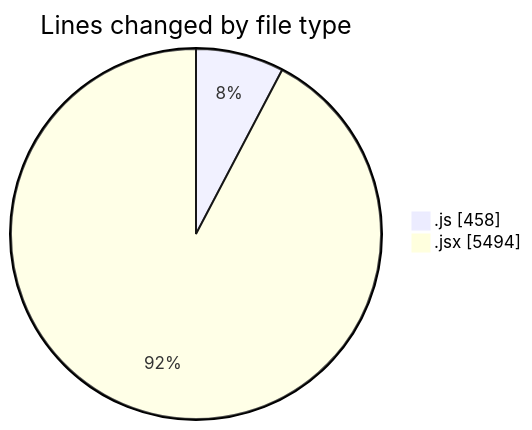
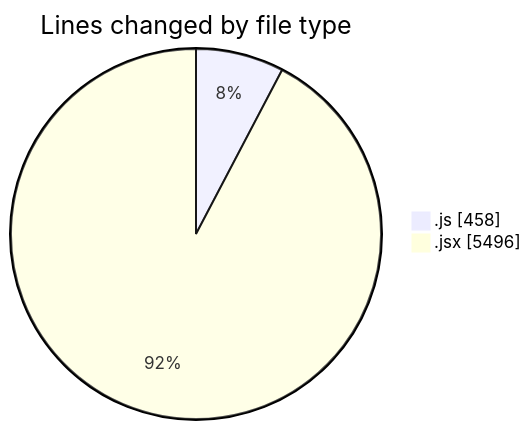
One commit to nxtqubesakshisongat/code-tracking changed the first of 2 diagrams in 2025-05-21/nxtqube_webapp/README.md. Above: the diagram before and after it, drawn with Mermaid. The commit also changed other lines of this file and 1 other file, not shown here.

````diff
--- a/2025-05-21/nxtqube_webapp/README.md
+++ b/2025-05-21/nxtqube_webapp/README.md
@@ -29,6 +29,6 @@
 ```mermaid
 pie showData
 title Lines changed by file type
 ".js" : 458
-".jsx" : 5494
+".jsx" : 5496
 ```
````
